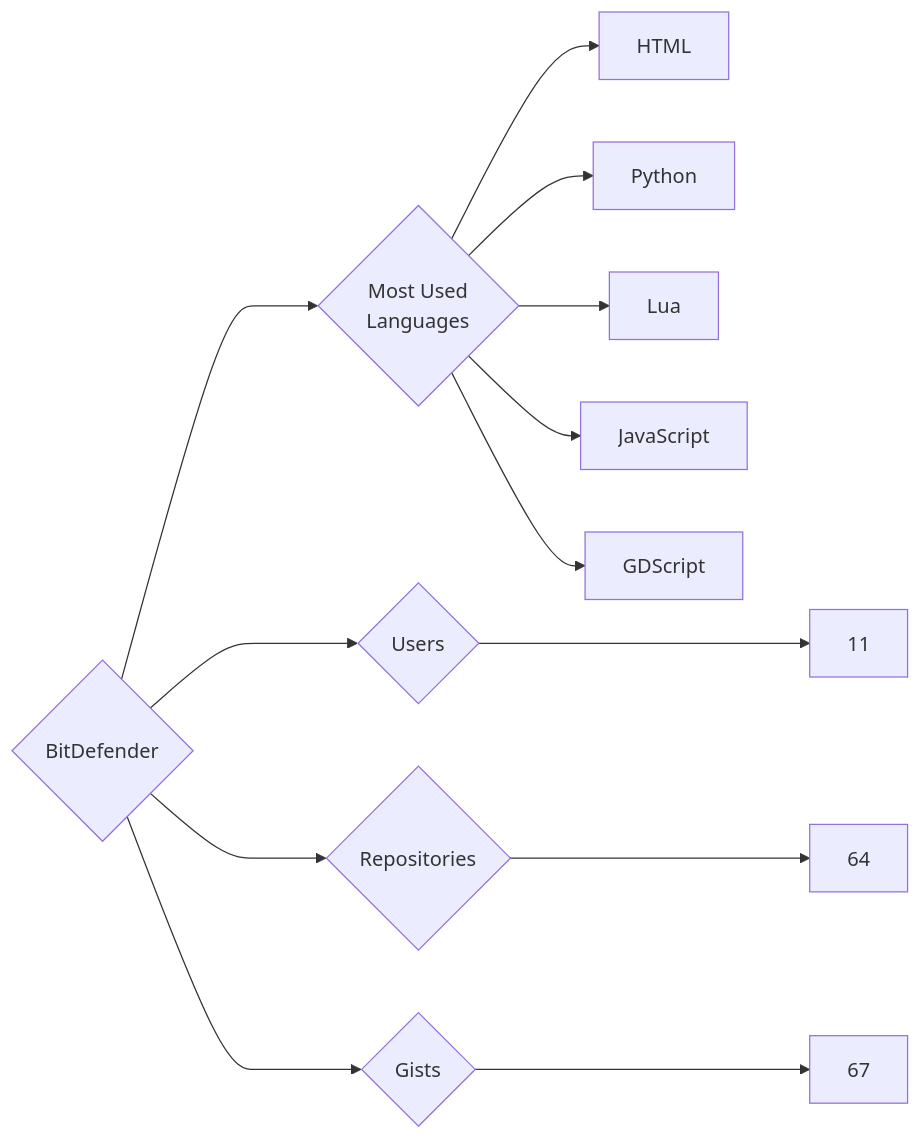
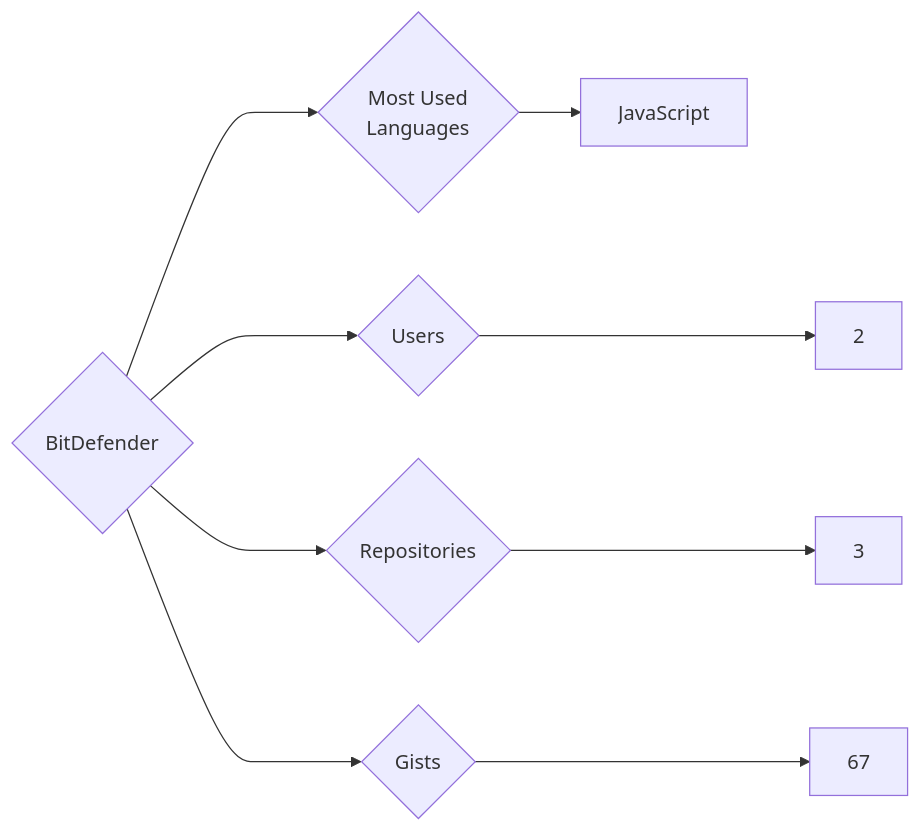
Before and after one commit to trickest/insiders: the diagram in targets/BitDefender/README.md, drawn with Mermaid. The commit also changed 873 other files, not shown here.

````diff
--- a/targets/BitDefender/README.md
+++ b/targets/BitDefender/README.md
@@ -3,13 +3,9 @@
 ```mermaid
 graph LR
 COMPANY_NAME{BitDefender}
-COMPANY_NAME ---> U{Users} ---> UN[11]
-COMPANY_NAME ---> R{Repositories} ---> RN[64]
+COMPANY_NAME ---> U{Users} ---> UN[2]
+COMPANY_NAME ---> R{Repositories} ---> RN[3]
 COMPANY_NAME ---> G{Gists} ---> GN[67]
 COMPANY_NAME ---> ML{Most Used<br>Languages}
-ML --> HTML[HTML]
-ML --> Python[Python]
-ML --> Lua[Lua]
 ML --> JavaScript[JavaScript]
-ML --> GDScript[GDScript]
 ```
````
